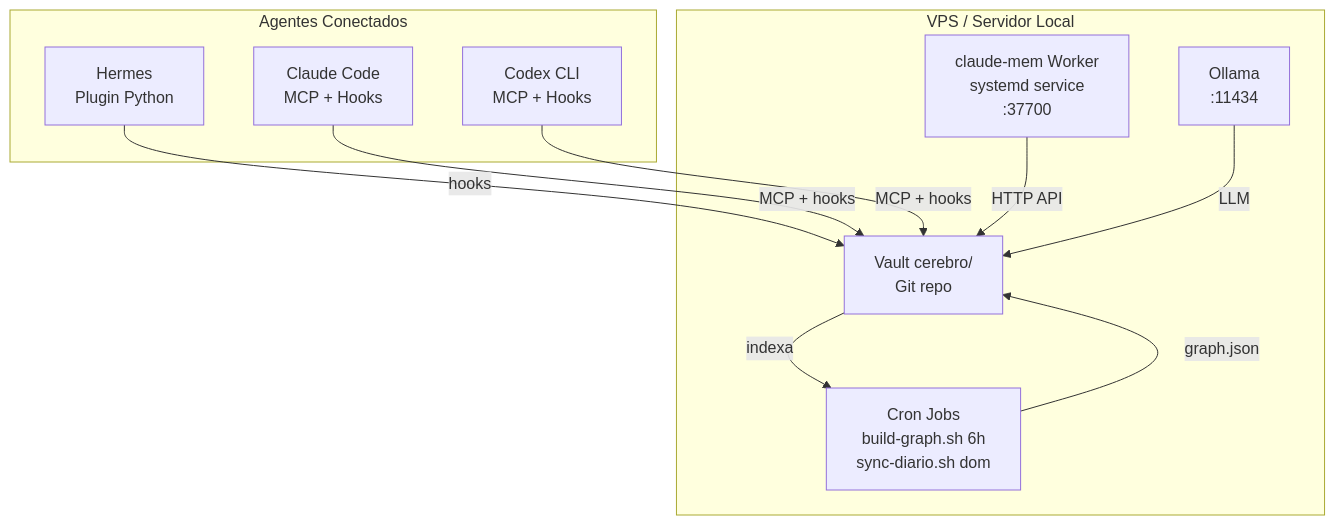
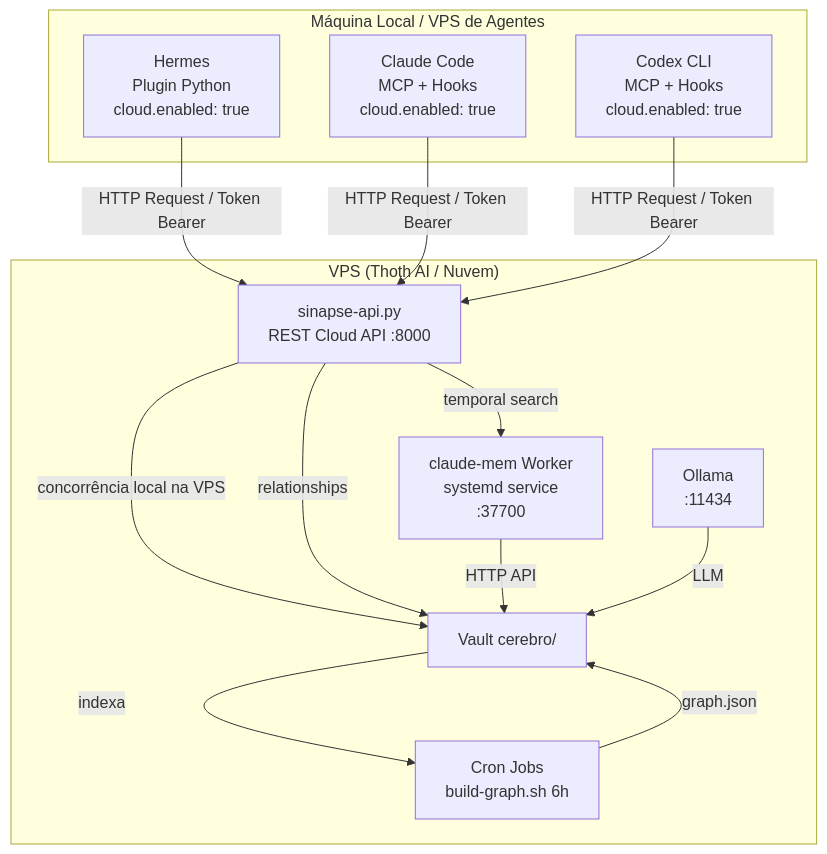
The eighth of 8 diagrams in docs/05-blueprints.md (Mlaurindo30/Hive-Mind), drawn with Mermaid before and after one commit. The commit also changed other lines of this file and 17 other files, not shown here.

Commit message:
feat: implement parallel context fusion, auto-zettelkasten, and cloud memory api (fases 4.1, 4.2, 4.3)

````diff
--- a/docs/05-blueprints.md
+++ b/docs/05-blueprints.md
@@ -282,24 +291,29 @@
 ```mermaid
 graph TB
-    subgraph VPS["VPS / Servidor Local"]
+    subgraph VPS["VPS (Thoth AI / Nuvem)"]
+        API2[sinapse-api.py<br/>REST Cloud API :8000]
         OLLAMA[Ollama<br/>:11434]
         WORKER[claude-mem Worker<br/>systemd service<br/>:37700]
-        CRON[Cron Jobs<br/>build-graph.sh 6h<br/>sync-diario.sh dom]
-        VAULT2[Vault cerebro/<br/>Git repo]
+        CRON[Cron Jobs<br/>build-graph.sh 6h]
+        VAULT2[Vault cerebro/]
     end
     
-    subgraph AGENTS2["Agentes Conectados"]
-        HERMES2[Hermes<br/>Plugin Python]
-        CLAUDE2[Claude Code<br/>MCP + Hooks]
-        CODEX2[Codex CLI<br/>MCP + Hooks]
+    subgraph LOCAL["Máquina Local / VPS de Agentes"]
+        HERMES2[Hermes<br/>Plugin Python<br/>cloud.enabled: true]
+        CLAUDE2[Claude Code<br/>MCP + Hooks<br/>cloud.enabled: true]
+        CODEX2[Codex CLI<br/>MCP + Hooks<br/>cloud.enabled: true]
     end
     
-    HERMES2 -->|hooks| VAULT2
-    CLAUDE2 -->|MCP + hooks| VAULT2
-    CODEX2 -->|MCP + hooks| VAULT2
+    HERMES2 -->|HTTP Request / Token Bearer| API2
+    CLAUDE2 -->|HTTP Request / Token Bearer| API2
+    CODEX2 -->|HTTP Request / Token Bearer| API2
+    
+    API2 -->|concorrência local na VPS| VAULT2
+    API2 -->|temporal search| WORKER
+    API2 -->|relationships| VAULT2
     
     VAULT2 -->|indexa| CRON
     CRON -->|graph.json| VAULT2
     WORKER -->|HTTP API| VAULT2
     OLLAMA -->|LLM| VAULT2
 ```
````
